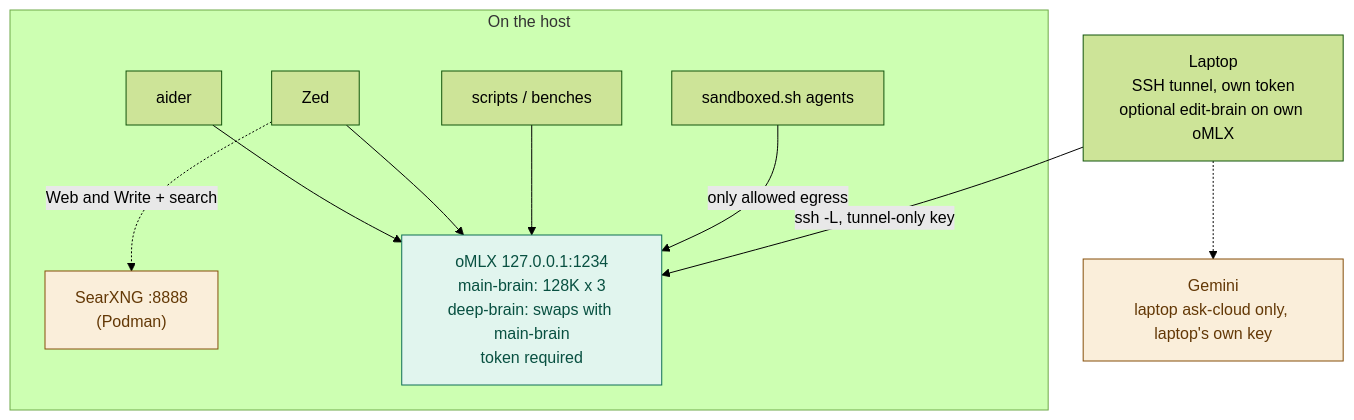
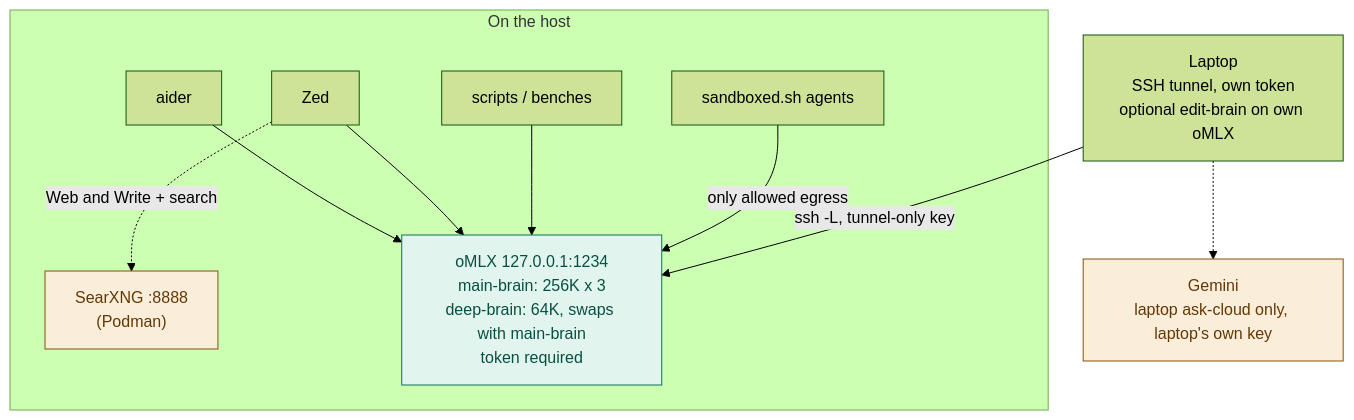
The diagram in docs/ARCHITECTURE.md (ouster/hearth), drawn with Mermaid (forest theme) before and after one commit. The commit also changed other lines of this file and 24 other files, not shown here.

First line of the commit message:
Raise main-brain to its native 256K window.

````diff
--- a/docs/ARCHITECTURE.md
+++ b/docs/ARCHITECTURE.md
@@ -10,27 +10,27 @@
 ```mermaid
 flowchart TB
     subgraph onHost["On the host"]
         aider["aider"]
         zed["Zed"]
         scripts["scripts / benches"]
         searx["SearXNG :8888<br/>(Podman)"]
         sbx["sandboxed.sh agents"]
-        srv["oMLX 127.0.0.1:1234<br/>main-brain: 128K x 3<br/>deep-brain: swaps with main-brain<br/>token required"]
+        srv["oMLX 127.0.0.1:1234<br/>main-brain: 256K x 3<br/>deep-brain: 64K, swaps with main-brain<br/>token required"]
     end
 
     laptop["Laptop<br/>SSH tunnel, own token<br/>optional edit-brain on own oMLX"]
     cloud["Gemini<br/>laptop ask-cloud only, laptop's own key"]
 
     aider --> srv
     zed --> srv
     scripts --> srv
     zed -.->|"Web and Write + search"| searx
     sbx -->|"only allowed egress"| srv
     laptop -->|"ssh -L, tunnel-only key"| srv
     laptop -.-> cloud
 
     classDef localCls fill:#E1F5EE,stroke:#0F6E56,color:#085041
     classDef leaveCls fill:#FAEEDA,stroke:#854F0B,color:#633806
     class srv localCls
     class cloud,searx leaveCls
 ```
````
